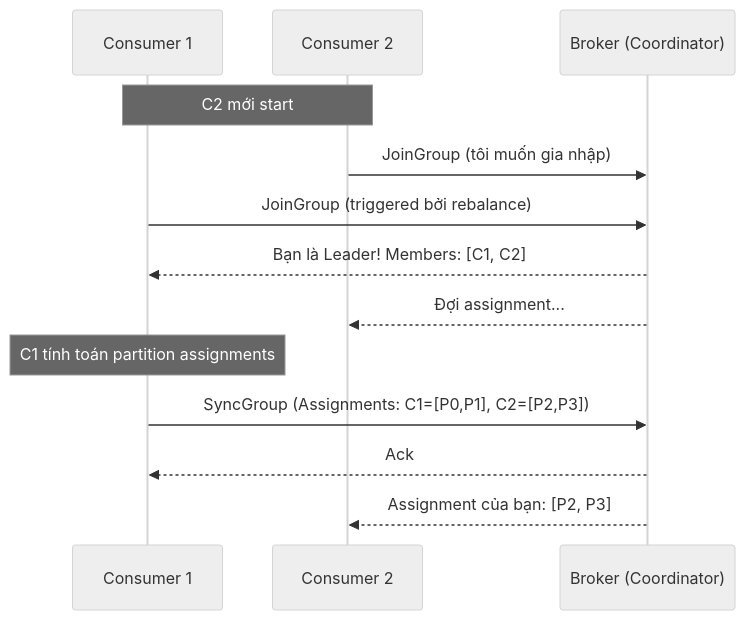
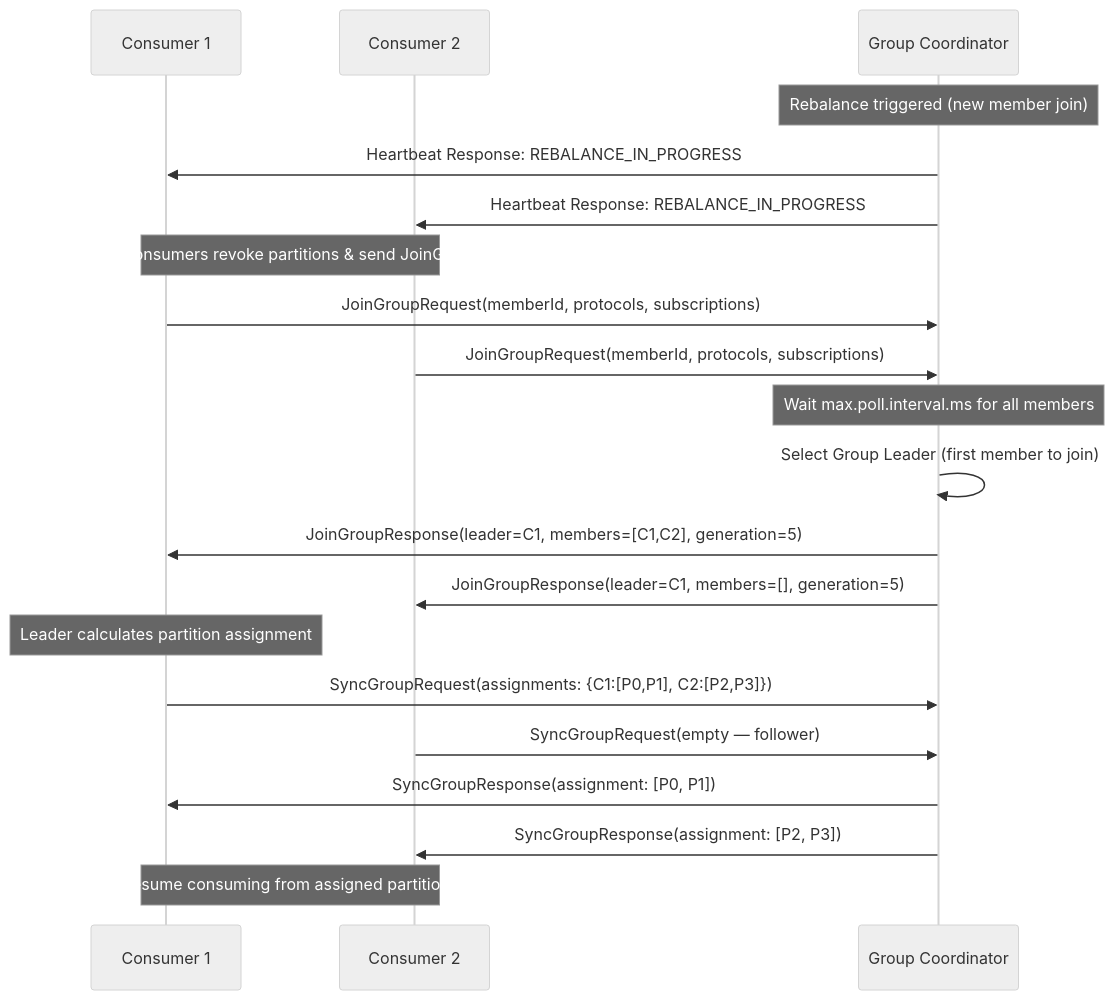
One commit to vanhiep99w/kafka-learn changed the second of 4 diagrams in content/docs/core-concepts/consumer-groups.md. Above: the diagram before and after it, drawn with Mermaid (neutral theme). The commit also changed other lines of this file and 9 other files, not shown here.

````diff
--- a/content/docs/core-concepts/consumer-groups.md
+++ b/content/docs/core-concepts/consumer-groups.md
@@ -135,18 +141,28 @@
 ```mermaid
 sequenceDiagram
     participant C1 as Consumer 1
     participant C2 as Consumer 2
-    participant Coord as Broker (Coordinator)
+    participant GC as Group Coordinator
 
-    Note over C1, C2: C2 mới start
-    C2->>Coord: JoinGroup (tôi muốn gia nhập)
-    C1->>Coord: JoinGroup (triggered bởi rebalance)
-    Coord-->>C1: Bạn là Leader! Members: [C1, C2]
-    Coord-->>C2: Đợi assignment...
+    Note over GC: Rebalance triggered (new member join)
+    GC->>C1: Heartbeat Response: REBALANCE_IN_PROGRESS
+    GC->>C2: Heartbeat Response: REBALANCE_IN_PROGRESS
 
-    Note over C1: C1 tính toán partition assignments
+    Note over C1,C2: All consumers revoke partitions & send JoinGroup
+    C1->>GC: JoinGroupRequest(memberId, protocols, subscriptions)
+    C2->>GC: JoinGroupRequest(memberId, protocols, subscriptions)
 
-    C1->>Coord: SyncGroup (Assignments: C1=[P0,P1], C2=[P2,P3])
-    Coord-->>C1: Ack
-    Coord-->>C2: Assignment của bạn: [P2, P3]
+    Note over GC: Wait max.poll.interval.ms for all members
+    GC->>GC: Select Group Leader (first member to join)
+    GC->>C1: JoinGroupResponse(leader=C1, members=[C1,C2], generation=5)
+    GC->>C2: JoinGroupResponse(leader=C1, members=[], generation=5)
+
+    Note over C1: Leader calculates partition assignment
+    C1->>GC: SyncGroupRequest(assignments: {C1:[P0,P1], C2:[P2,P3]})
+    C2->>GC: SyncGroupRequest(empty — follower)
+
+    GC->>C1: SyncGroupResponse(assignment: [P0, P1])
+    GC->>C2: SyncGroupResponse(assignment: [P2, P3])
+
+    Note over C1,C2: Resume consuming from assigned partitions
 ```
````
